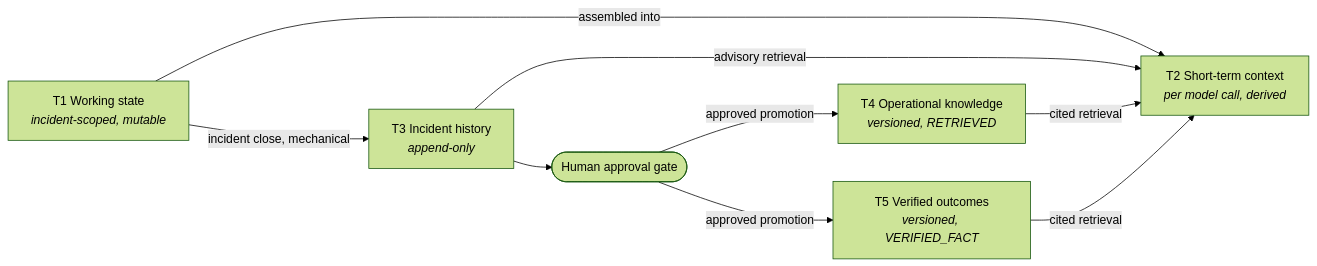
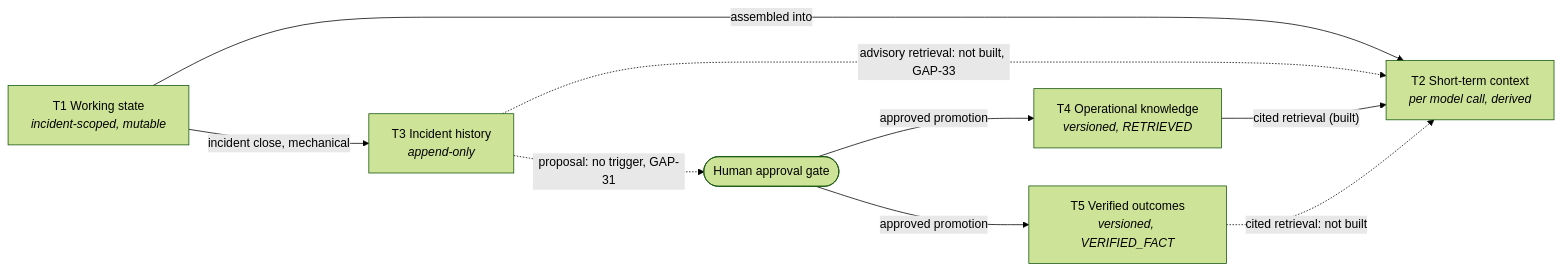
The first of 3 diagrams in docs/architecture/memory-and-rag.md (Stevemeg/Autonomous-SRE-Incident-Commander), drawn with Mermaid (forest theme) before and after one commit. The commit also changed other lines of this file and 96 other files, not shown here.

````diff
--- a/docs/architecture/memory-and-rag.md
+++ b/docs/architecture/memory-and-rag.md
@@ -41,18 +47,18 @@
 ```mermaid
 flowchart LR
     T1["T1 Working state<br/><i>incident-scoped, mutable</i>"]
     T2["T2 Short-term context<br/><i>per model call, derived</i>"]
     T3["T3 Incident history<br/><i>append-only</i>"]
     T4["T4 Operational knowledge<br/><i>versioned, RETRIEVED</i>"]
     T5["T5 Verified outcomes<br/><i>versioned, VERIFIED_FACT</i>"]
     H(["Human approval gate"])
 
     T1 -->|"assembled into"| T2
-    T3 -->|"advisory retrieval"| T2
-    T4 -->|"cited retrieval"| T2
-    T5 -->|"cited retrieval"| T2
+    T4 -->|"cited retrieval (built)"| T2
+    T3 -.->|"advisory retrieval: not built, GAP-33"| T2
+    T5 -.->|"cited retrieval: not built"| T2
     T1 -->|"incident close, mechanical"| T3
-    T3 --> H
+    T3 -.->|"proposal: no trigger, GAP-31"| H
     H -->|"approved promotion"| T4
     H -->|"approved promotion"| T5
 ```
````
